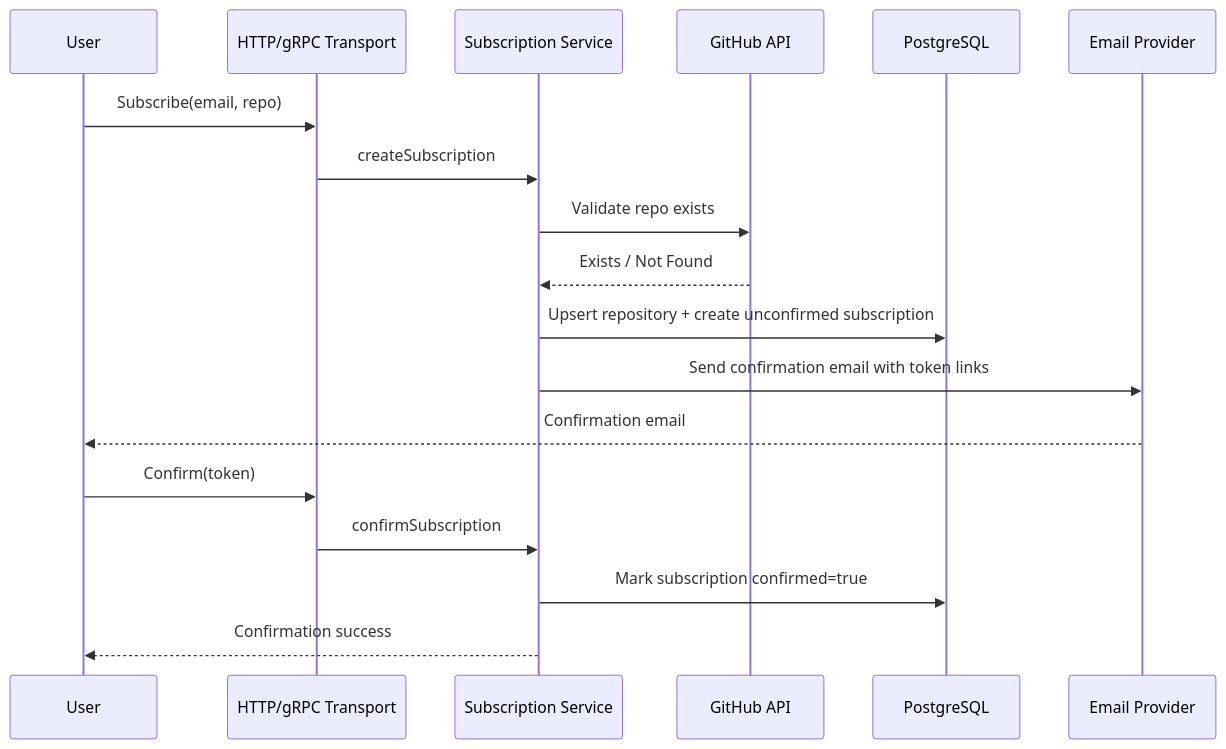
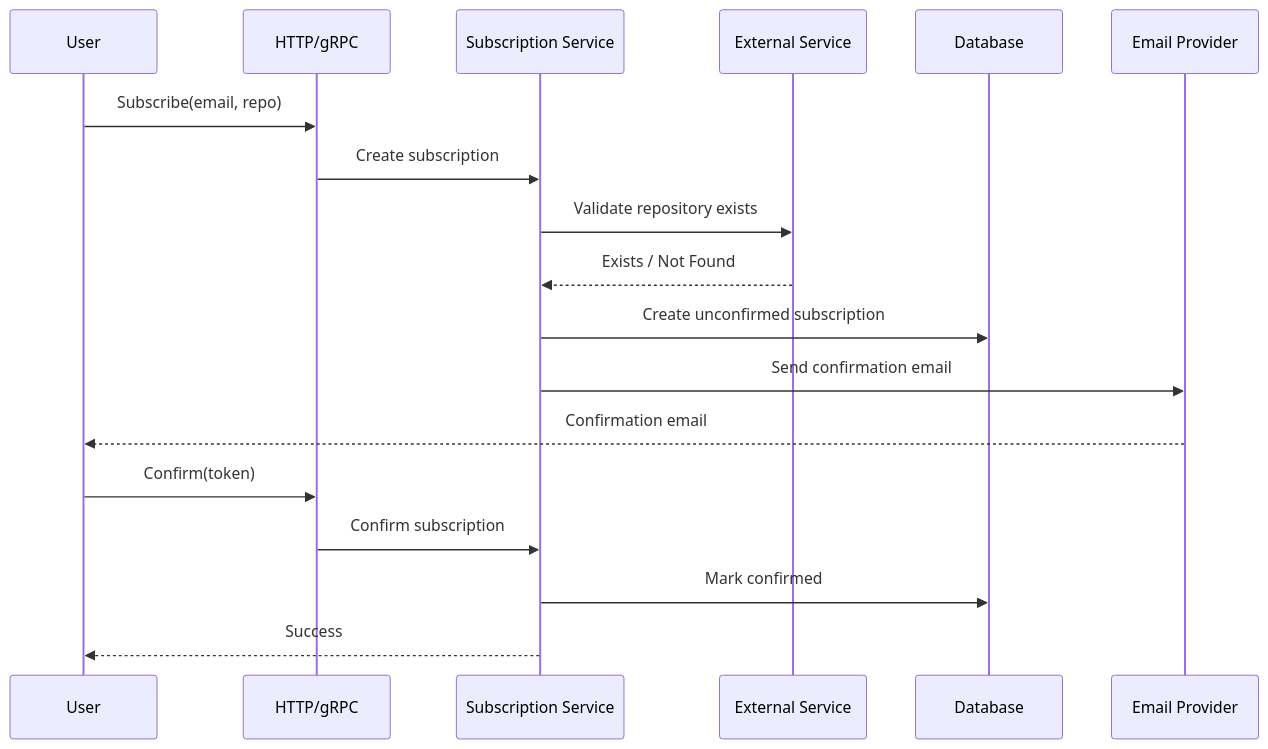
One commit to GenesisEducationKyiv/software-engineering-school-6-0-RandomIv changed the second of 3 diagrams in docs/system-design.md. Above: the diagram before and after it, drawn with Mermaid. The commit also changed other lines of this file and 3 other files, not shown here.

Commit message:
docs: remove implementation details from architecture docs

````diff
--- a/docs/system-design.md
+++ b/docs/system-design.md
@@ -144,22 +140,22 @@
 ```mermaid
 sequenceDiagram
     participant User
-    participant API as HTTP/gRPC Transport
+    participant Transport as HTTP/gRPC
     participant SVC as Subscription Service
-    participant GH as GitHub API
-    participant DB as PostgreSQL
-    participant SMTP as Email Provider
+    participant ExternalSvc as External Service
+    participant DB as Database
+    participant Provider as Email Provider
 
-    User->>API: Subscribe(email, repo)
-    API->>SVC: createSubscription
-    SVC->>GH: Validate repo exists
-    GH-->>SVC: Exists / Not Found
-    SVC->>DB: Upsert repository + create unconfirmed subscription
-    SVC->>SMTP: Send confirmation email with token links
-    SMTP-->>User: Confirmation email
+    User->>Transport: Subscribe(email, repo)
+    Transport->>SVC: Create subscription
+    SVC->>ExternalSvc: Validate repository exists
+    ExternalSvc-->>SVC: Exists / Not Found
+    SVC->>DB: Create unconfirmed subscription
+    SVC->>Provider: Send confirmation email
+    Provider-->>User: Confirmation email
 
-    User->>API: Confirm(token)
-    API->>SVC: confirmSubscription
-    SVC->>DB: Mark subscription confirmed=true
-    SVC-->>User: Confirmation success
+    User->>Transport: Confirm(token)
+    Transport->>SVC: Confirm subscription
+    SVC->>DB: Mark confirmed
+    SVC-->>User: Success
 ```
````
